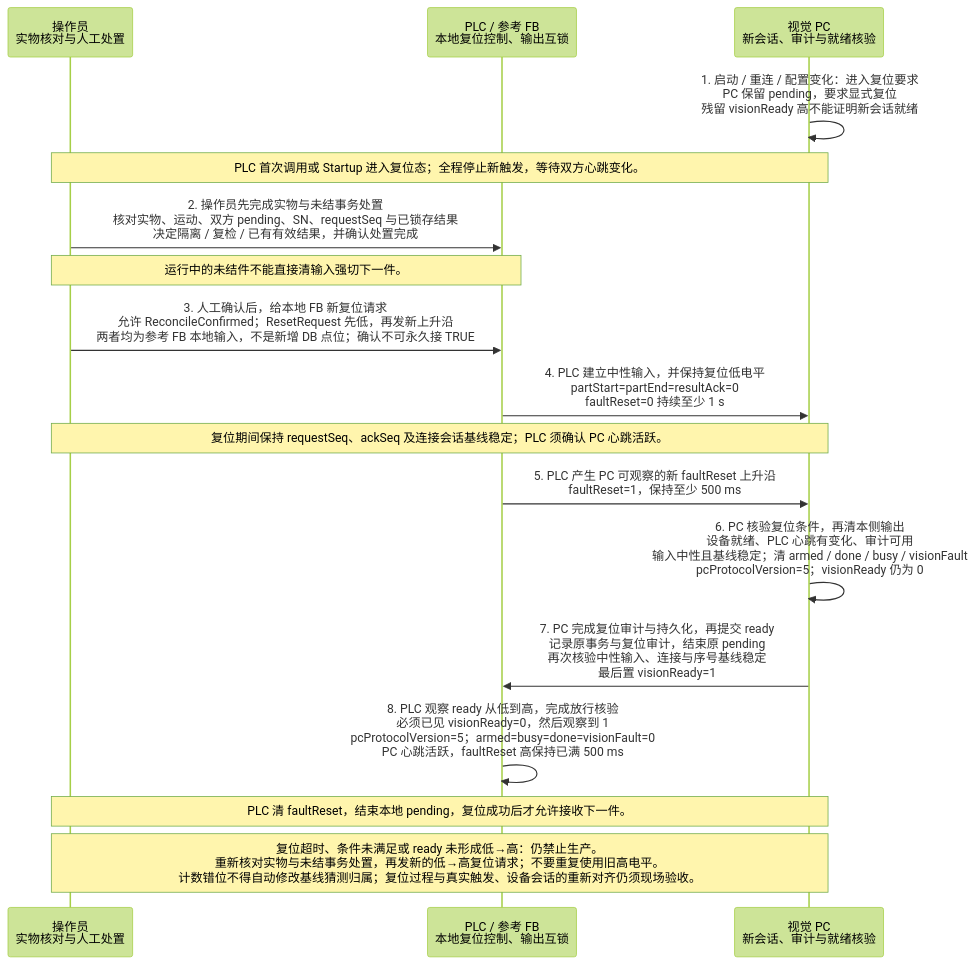
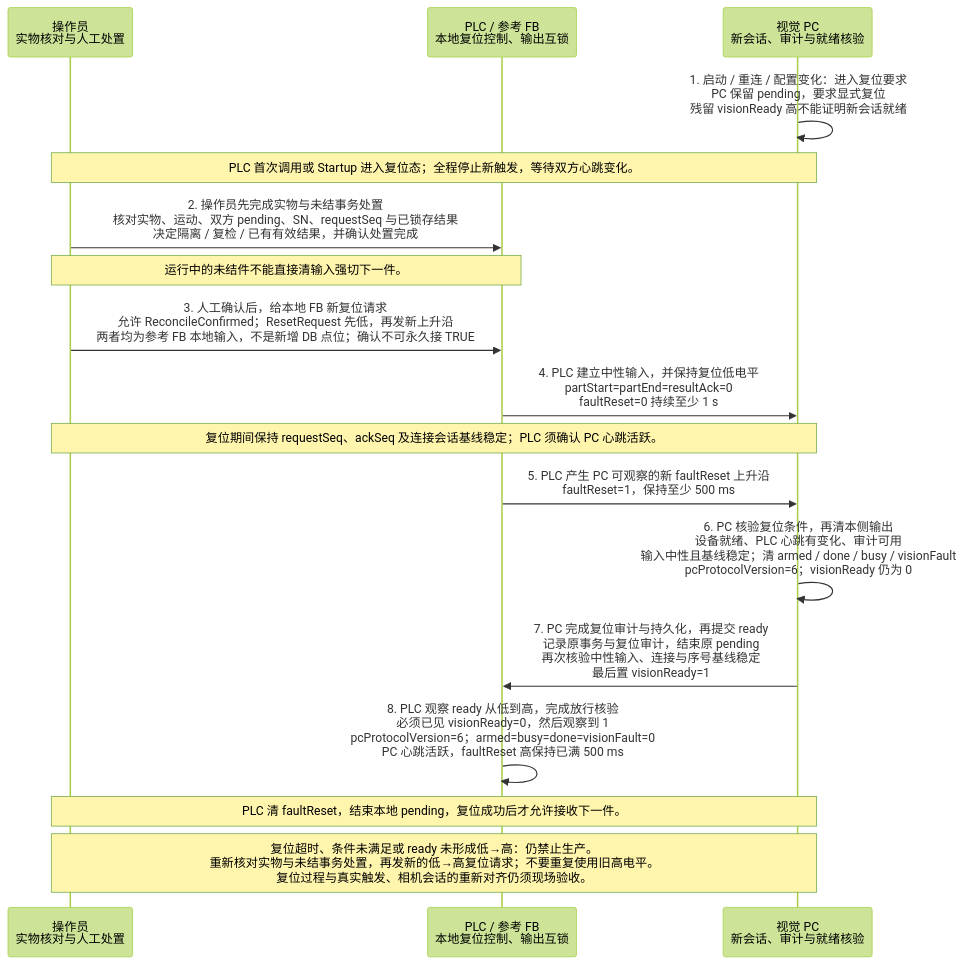
Before and after one commit to liangyuR/ly-gluesight: the third of 3 diagrams in docs/integration/plc-communication-protocol.md, drawn with Mermaid (forest theme). The commit also changed other lines of this file and 9 other files, not shown here.

````diff
--- a/docs/integration/plc-communication-protocol.md
+++ b/docs/integration/plc-communication-protocol.md
@@ -330,20 +353,20 @@
 ```mermaid
 sequenceDiagram
     participant OP as 操作员<br/>实物核对与人工处置
     participant PLC as PLC / 参考 FB<br/>本地复位控制、输出互锁
     participant PC as 视觉 PC<br/>新会话、审计与就绪核验
 
     PC->>PC: 1. 启动 / 重连 / 配置变化：进入复位要求<br/>PC 保留 pending，要求显式复位<br/>残留 visionReady 高不能证明新会话就绪
     Note over OP,PC: PLC 首次调用或 Startup 进入复位态；全程停止新触发，等待双方心跳变化。
     OP->>PLC: 2. 操作员先完成实物与未结事务处置<br/>核对实物、运动、双方 pending、SN、requestSeq 与已锁存结果<br/>决定隔离 / 复检 / 已有有效结果，并确认处置完成
     Note over OP,PLC: 运行中的未结件不能直接清输入强切下一件。
     OP->>PLC: 3. 人工确认后，给本地 FB 新复位请求<br/>允许 ReconcileConfirmed；ResetRequest 先低，再发新上升沿<br/>两者均为参考 FB 本地输入，不是新增 DB 点位；确认不可永久接 TRUE
     PLC->>PC: 4. PLC 建立中性输入，并保持复位低电平<br/>partStart=partEnd=resultAck=0<br/>faultReset=0 持续至少 1 s
     Note over OP,PC: 复位期间保持 requestSeq、ackSeq 及连接会话基线稳定；PLC 须确认 PC 心跳活跃。
     PLC->>PC: 5. PLC 产生 PC 可观察的新 faultReset 上升沿<br/>faultReset=1，保持至少 500 ms
-    PC->>PC: 6. PC 核验复位条件，再清本侧输出<br/>设备就绪、PLC 心跳有变化、审计可用<br/>输入中性且基线稳定；清 armed / done / busy / visionFault<br/>pcProtocolVersion=5；visionReady 仍为 0
+    PC->>PC: 6. PC 核验复位条件，再清本侧输出<br/>设备就绪、PLC 心跳有变化、审计可用<br/>输入中性且基线稳定；清 armed / done / busy / visionFault<br/>pcProtocolVersion=6；visionReady 仍为 0
     PC->>PLC: 7. PC 完成复位审计与持久化，再提交 ready<br/>记录原事务与复位审计，结束原 pending<br/>再次核验中性输入、连接与序号基线稳定<br/>最后置 visionReady=1
-    PLC->>PLC: 8. PLC 观察 ready 从低到高，完成放行核验<br/>必须已见 visionReady=0，然后观察到 1<br/>pcProtocolVersion=5；armed=busy=done=visionFault=0<br/>PC 心跳活跃，faultReset 高保持已满 500 ms
+    PLC->>PLC: 8. PLC 观察 ready 从低到高，完成放行核验<br/>必须已见 visionReady=0，然后观察到 1<br/>pcProtocolVersion=6；armed=busy=done=visionFault=0<br/>PC 心跳活跃，faultReset 高保持已满 500 ms
     Note over OP,PC: PLC 清 faultReset，结束本地 pending，复位成功后才允许接收下一件。
-    Note over OP,PC: 复位超时、条件未满足或 ready 未形成低→高：仍禁止生产。<br/>重新核对实物与未结事务处置，再发新的低→高复位请求；不要重复使用旧高电平。<br/>计数错位不得自动修改基线猜测归属；复位过程与真实触发、设备会话的重新对齐仍须现场验收。
+    Note over OP,PC: 复位超时、条件未满足或 ready 未形成低→高：仍禁止生产。<br/>重新核对实物与未结事务处置，再发新的低→高复位请求；不要重复使用旧高电平。<br/>复位过程与真实触发、相机会话的重新对齐仍须现场验收。
 ```
````
